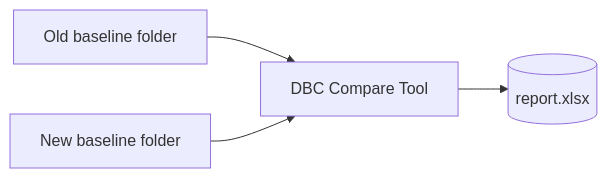
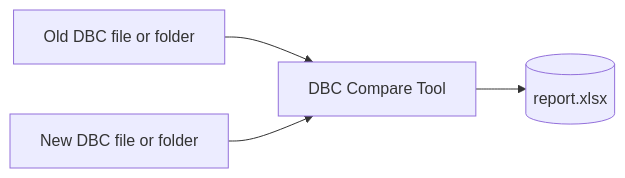
Before and after one commit to longvo92/dbc-compare-tool: the first of 2 diagrams in README.md, drawn with Mermaid. The commit also changed other lines of this file and 22 other files, not shown here.

````diff
--- a/README.md
+++ b/README.md
@@ -21,6 +21,6 @@
 ```mermaid
 flowchart LR
-    OLD[Old baseline folder] --> T[DBC Compare Tool]
-    NEW[New baseline folder] --> T
+    OLD[Old DBC file or folder] --> T[DBC Compare Tool]
+    NEW[New DBC file or folder] --> T
     T --> XLSX[("report.xlsx")]
 ```
````
